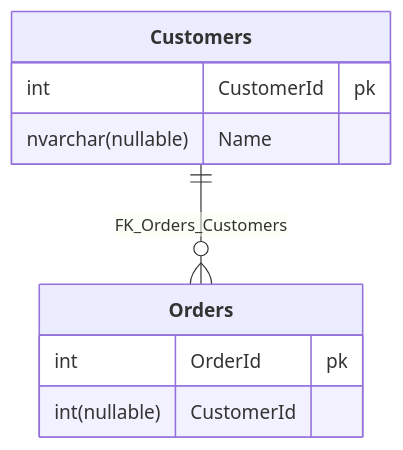
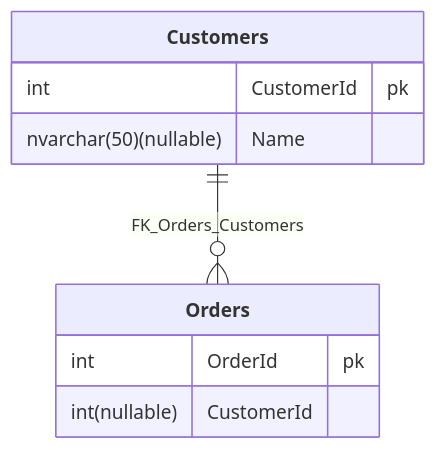
One commit to SimonCropp/DbToMermaid changed the diagram in src/EfToMermaid.Tests/Tests.WithNullable.verified.md. Above: the diagram before and after it, drawn with Mermaid. The commit also changed 26 other files, not shown here.

````diff
--- a/src/EfToMermaid.Tests/Tests.WithNullable.verified.md
+++ b/src/EfToMermaid.Tests/Tests.WithNullable.verified.md
@@ -2,12 +2,12 @@
 ```mermaid
 erDiagram
   Customers["**Customers**"] {
     int CustomerId pk
-    nvarchar(nullable) Name
+    nvarchar(50)(nullable) Name
   }
   Orders["**Orders**"] {
     int OrderId pk
     int(nullable) CustomerId
   }
   Customers ||--o{ Orders : "FK_Orders_Customers"
 ```
````
